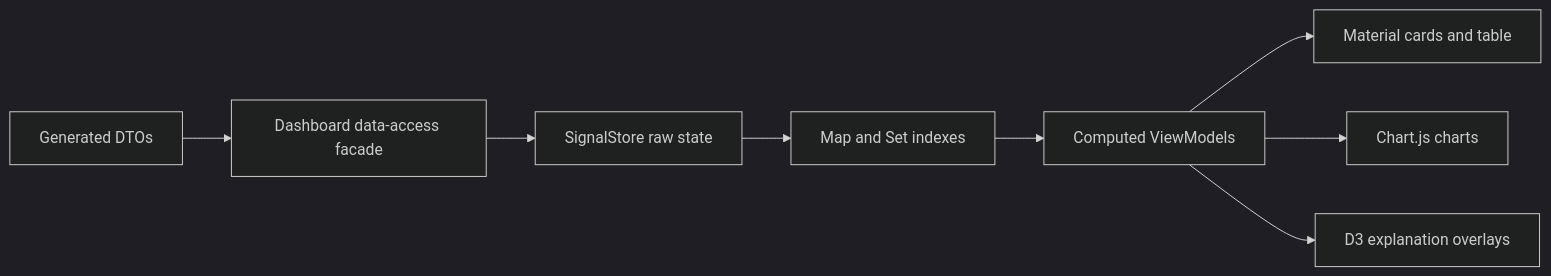
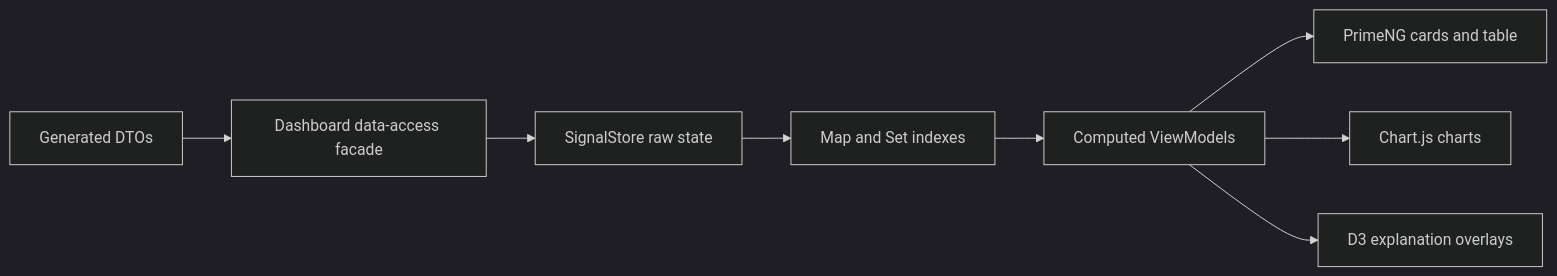
The diagram in documentation/14-dashboard-feature-plan.md (JeffreySanford/architecture-intelligence-lab), drawn with Mermaid (dark theme) before and after one commit. The commit also changed other lines of this file and 50 other files, not shown here.

````diff
--- a/documentation/14-dashboard-feature-plan.md
+++ b/documentation/14-dashboard-feature-plan.md
@@ -24,10 +24,10 @@
 ```mermaid
 flowchart LR
   DTOs[Generated DTOs] --> Facade[Dashboard data-access facade]
   Facade --> RawState[SignalStore raw state]
   RawState --> Maps[Map and Set indexes]
   Maps --> VMs[Computed ViewModels]
-  VMs --> Material[Material cards and table]
+  VMs --> UI[PrimeNG cards and table]
   VMs --> ChartJs[Chart.js charts]
   VMs --> D3[D3 explanation overlays]
 ```
````
